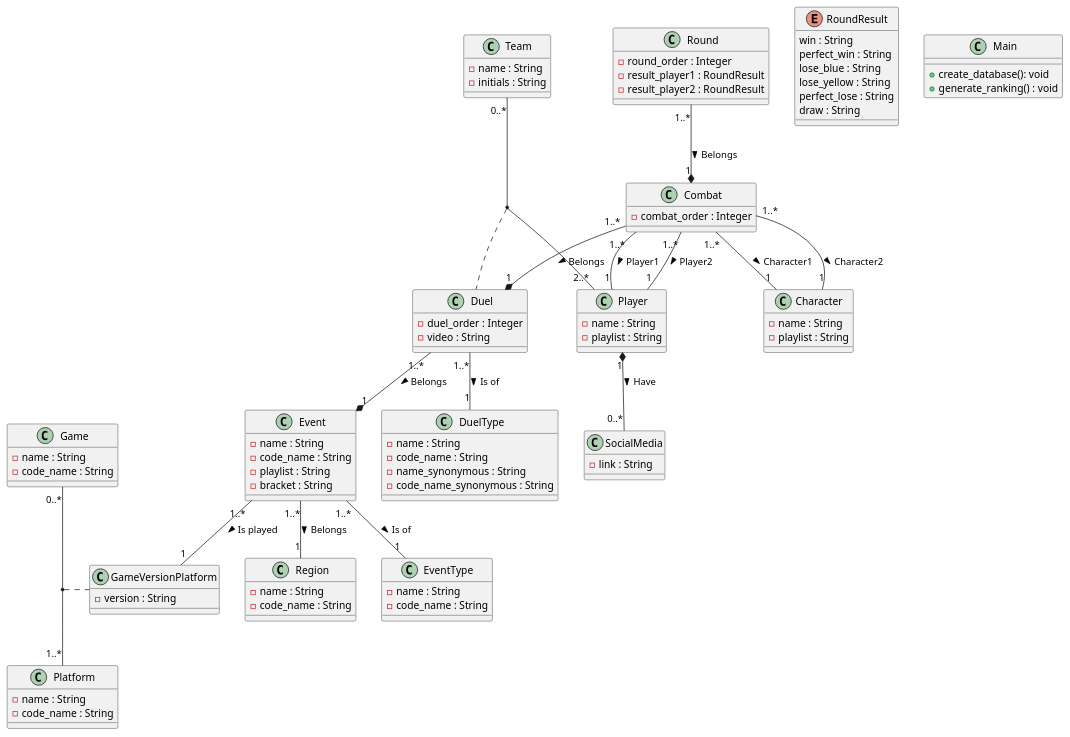
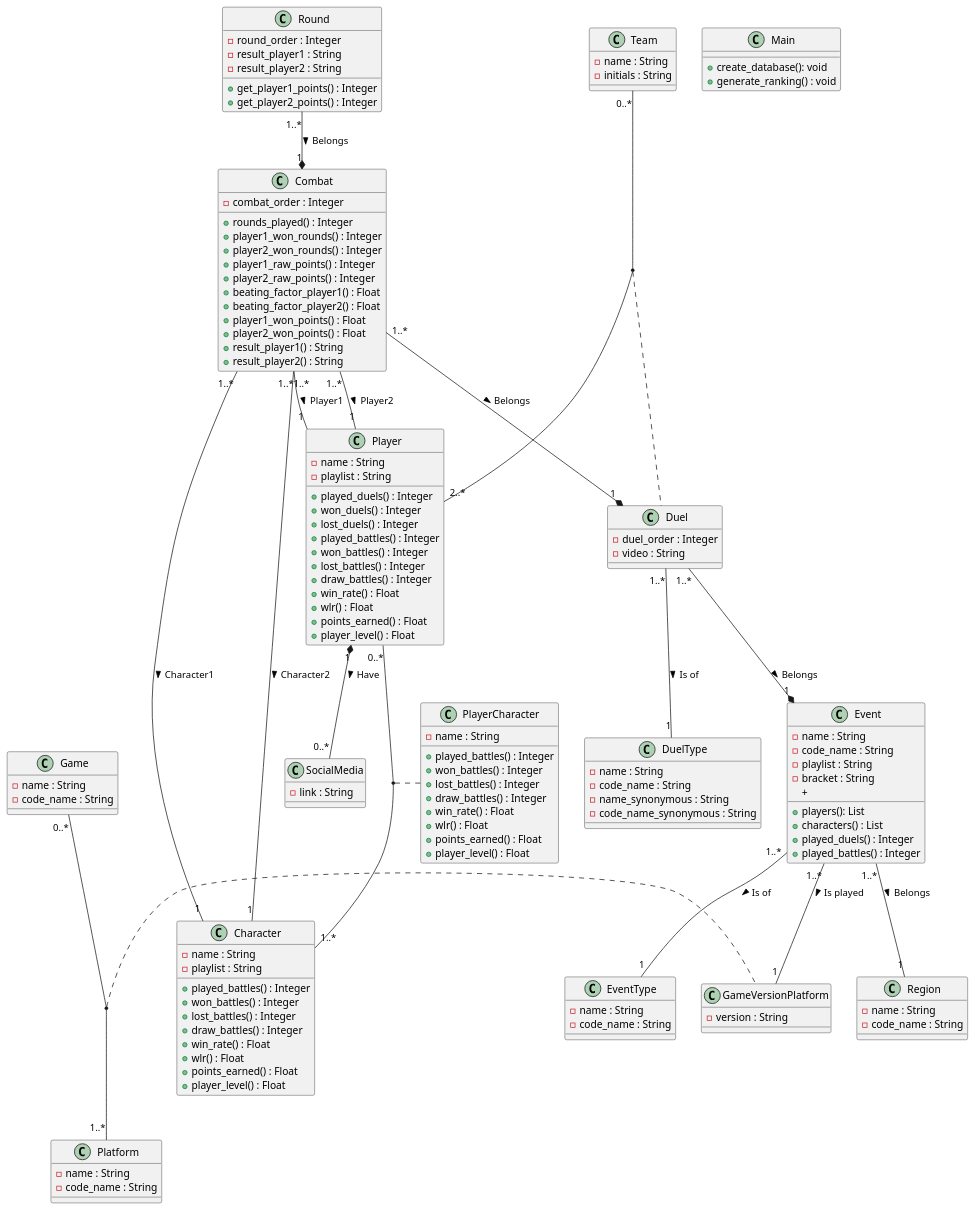
One commit to ianshalaga/sc_ranking changed the diagram in backend/SSLEcd.plantuml. Above: the diagram before and after it, drawn with PlantUML.

Commit message:
UML updating

```diff
--- a/backend/SSLEcd.plantuml
+++ b/backend/SSLEcd.plantuml
@@ -1,112 +1,167 @@
 @startuml SSLEuml
 
 class Game {
     - name : String
     - code_name : String
 }
 
 class Platform {
     - name : String
     - code_name : String
 }
 
 class Region {
     - name : String
     - code_name : String
 }
 
 class EventType {
     - name : String
     - code_name : String
 }
 
 class DuelType {
     - name : String
     - code_name : String
     - name_synonymous : String
     - code_name_synonymous : String
 }
 
 class Player {
     - name : String
     - playlist : String
+    + played_duels() : Integer
+    + won_duels() : Integer
+    + lost_duels() : Integer
+    + played_battles() : Integer
+    + won_battles() : Integer
+    + lost_battles() : Integer
+    + draw_battles() : Integer
+    + win_rate() : Float
+    + wlr() : Float
+    + points_earned() : Float
+    + player_level() : Float
 }
 
 class Character {
     - name : String
     - playlist : String
+    + played_battles() : Integer
+    + won_battles() : Integer
+    + lost_battles() : Integer
+    + draw_battles() : Integer
+    + win_rate() : Float
+    + wlr() : Float
+    + points_earned() : Float
+    + player_level() : Float
 }
 
 class GameVersionPlatform {
     - version : String
 }
 
 Game "0..*" -- "1..*" Platform
 (Game, Platform) .. GameVersionPlatform
 
 class SocialMedia {
     - link : String
 }
 
 Player "1" *-- "0..*" SocialMedia : Have >
 
+class PlayerCharacter {
+    -name : String
+    + played_battles() : Integer
+    + won_battles() : Integer
+    + lost_battles() : Integer
+    + draw_battles() : Integer
+    + win_rate() : Float
+    + wlr() : Float
+    + points_earned() : Float
+    + player_level() : Float
+}
+
+' PlayerCharacter "1..*" -- "1" Player
+' PlayerCharacter "1..*" -- "1" Character
+
+Player "0..*" -- "1..*" Character
+(Player, Character) .. PlayerCharacter
+
 class Event {
     - name : String
     - code_name : String
     - playlist : String
     - bracket : String
+    + players(): List
+    + characters() : List
+    + played_duels() : Integer
+    + played_battles() : Integer
+    + 
 }
 
 Event "1..*" -- "1" EventType : Is of >
 Event "1..*" -- "1" Region : Belongs >
 Event "1..*" -- "1" GameVersionPlatform : Is played >
 
 class Duel {
     - duel_order : Integer
     - video : String
 }
 
 Duel "1..*" -- "1" DuelType : Is of >
 Duel "1..*" --* "1" Event : Belongs >
 
 class Team {
     - name : String
     - initials : String
 }
 
 Team "0..*" -- "2..*" Player
 (Team, Player) .. Duel
 
 class Combat {
     - combat_order : Integer
+    + rounds_played() : Integer
+    + player1_won_rounds() : Integer
+    + player2_won_rounds() : Integer
+    + player1_raw_points() : Integer
+    + player2_raw_points() : Integer
+    + beating_factor_player1() : Float
+    + beating_factor_player2() : Float
+    + player1_won_points() : Float
+    + player2_won_points() : Float
+    + result_player1() : String
+    + result_player2() : String
 }
 
 Combat "1..*" -- "1" Player : Player1 >
 Combat "1..*" -- "1" Player : Player2 >
 Combat "1..*" -- "1" Character : Character1 >
 Combat "1..*" -- "1" Character : Character2 >
 Combat "1..*" --* "1" Duel : Belongs >
 
-enum RoundResult {
-    win : String
-    perfect_win : String
-    lose_blue : String
-    lose_yellow : String
-    perfect_lose : String
-    draw : String
-}
+' enum RoundResult {
+'     win : String
+'     perfect_win : String
+'     lose_blue : String
+'     lose_yellow : String
+'     perfect_lose : String
+'     draw : String
+' }
 
 class Round {
     - round_order : Integer
-    - result_player1 : RoundResult
-    - result_player2 : RoundResult
+    - result_player1 : String
+    - result_player2 : String
+    + get_player1_points() : Integer
+    + get_player2_points() : Integer
 }
 
 Round "1..*" --* "1" Combat : Belongs >
 
 class Main {
     + create_database(): void
     + generate_ranking() : void
 }
 
 @enduml
```
